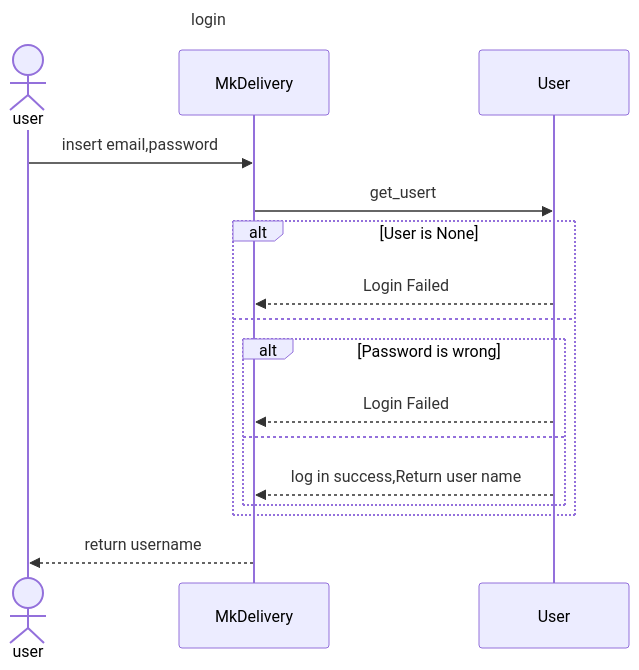
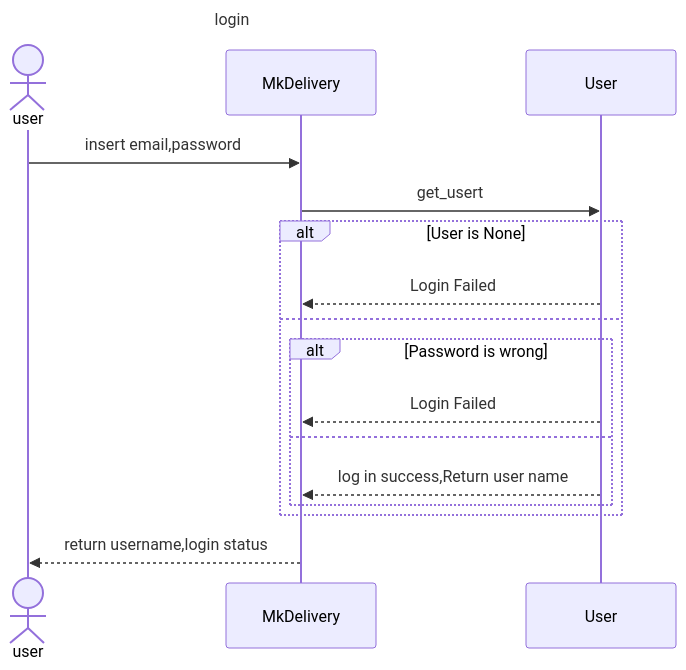
Before and after one commit to MxMhx/OOP_Project_MK_website: the diagram in sequence_diag/auth/login.mmd, drawn with Mermaid.

```diff
--- a/sequence_diag/auth/login.mmd
+++ b/sequence_diag/auth/login.mmd
@@ -1,17 +1,17 @@
 sequenceDiagram
     title login
     actor user
     participant MkDelivery
     participant User
     user ->> MkDelivery :insert email,password
     MkDelivery ->> User :get_usert
     alt User is None
         User -->> MkDelivery: Login Failed
     else
         alt Password is wrong
             User -->> MkDelivery: Login Failed
         else
             User -->> MkDelivery: log in success,Return user name
         end
     end
-    MkDelivery -->> user: return username
+    MkDelivery -->> user: return username,login status
```
